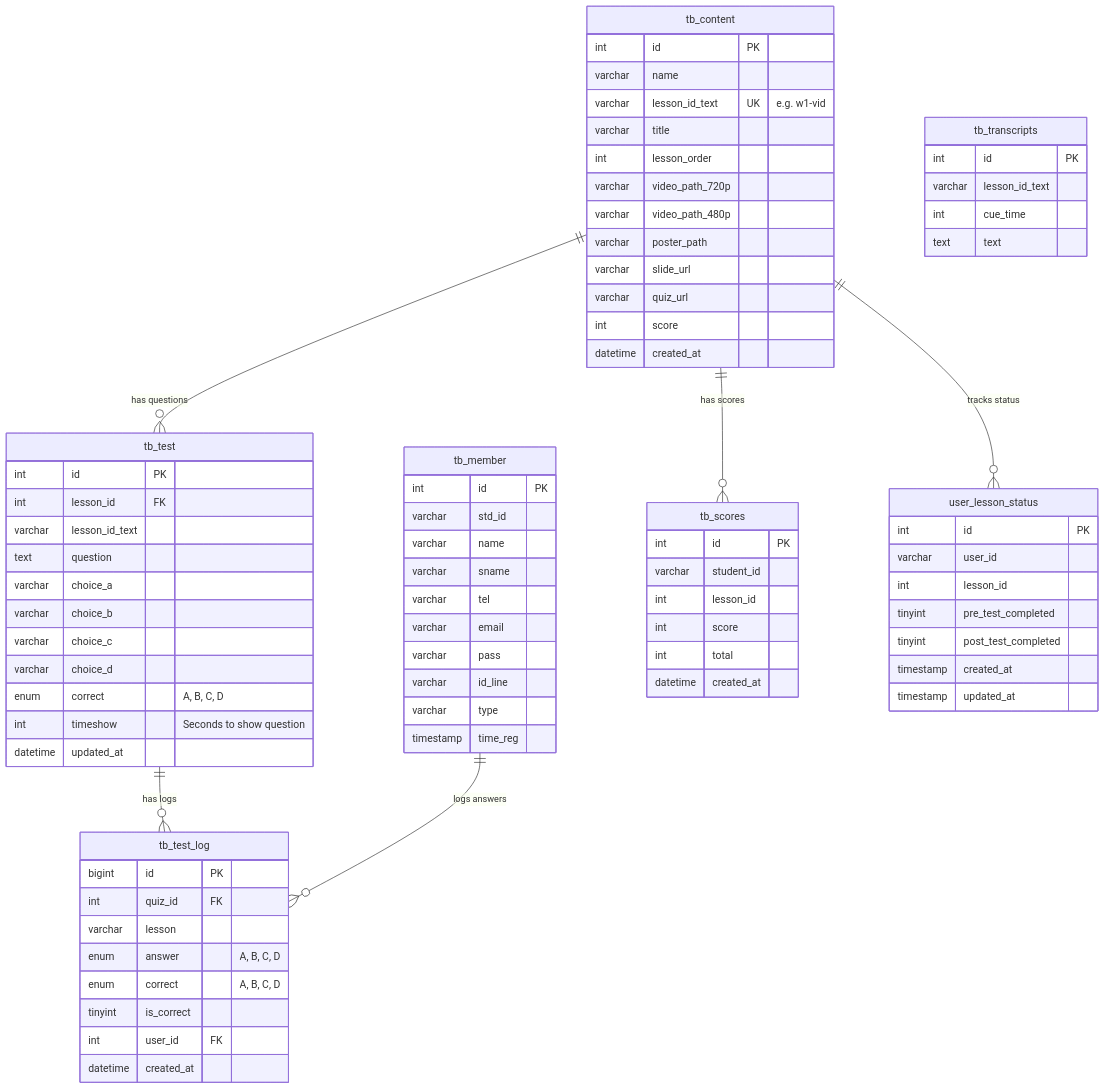
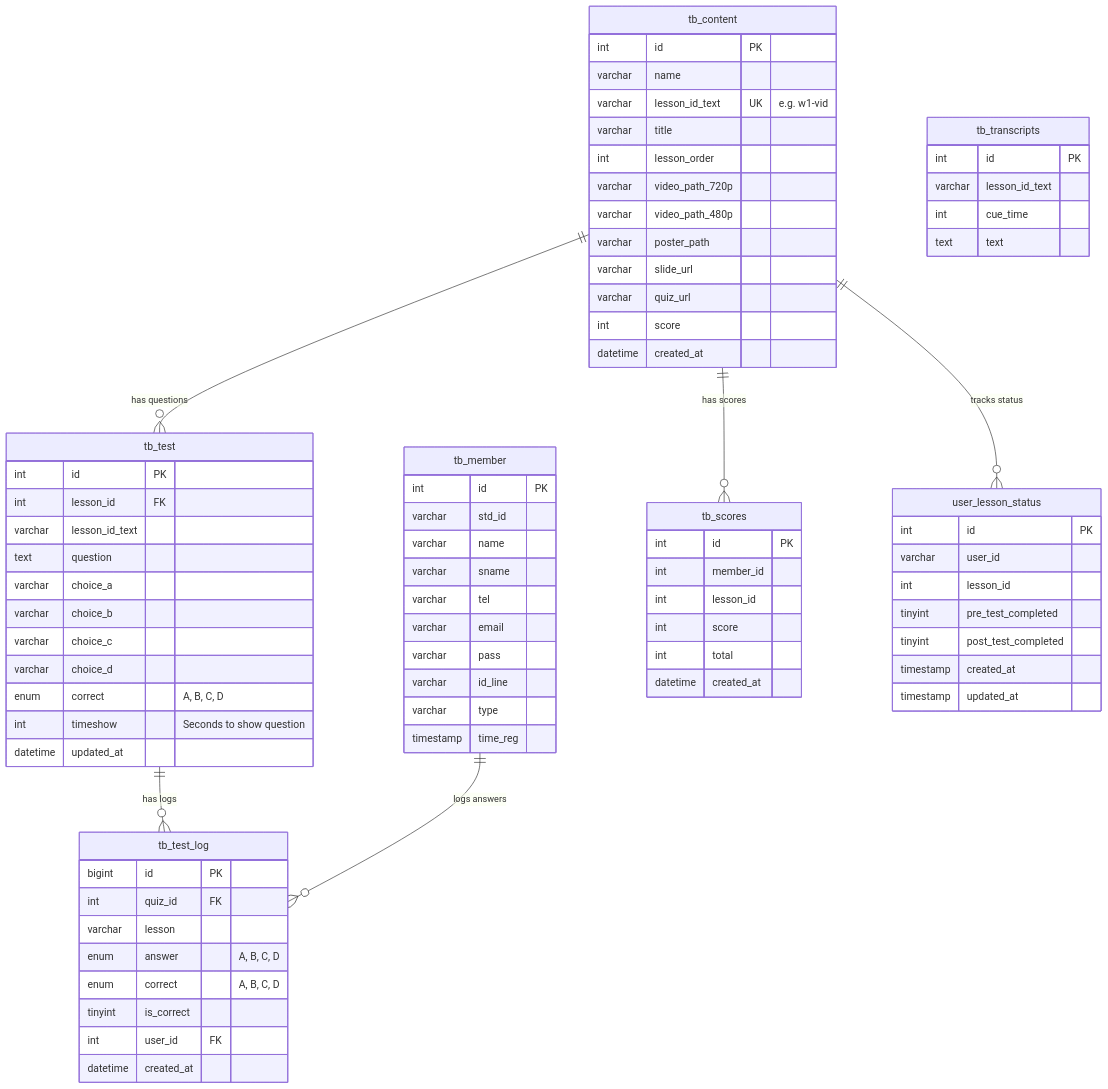
The diagram in db_diragram.md (ninetybomber0-stack/https---github.com-ninetybomber0-stack-dclearn), drawn with Mermaid before and after one commit. The commit also changed other lines of this file and 6 other files, not shown here.

```diff
--- a/db_diragram.md
+++ b/db_diragram.md
@@ -68,7 +68,7 @@
 
     tb_scores {
         int id PK
-        varchar student_id
+        int member_id
         int lesson_id
         int score
         int total
```
